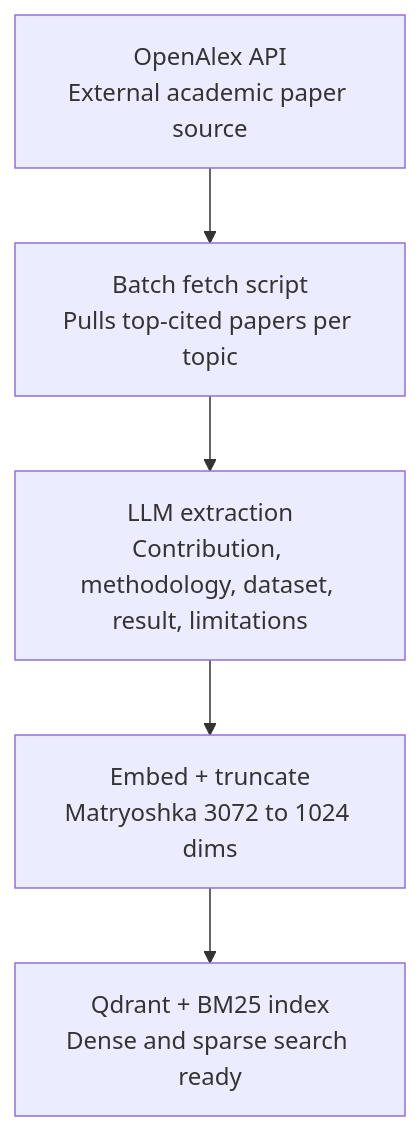
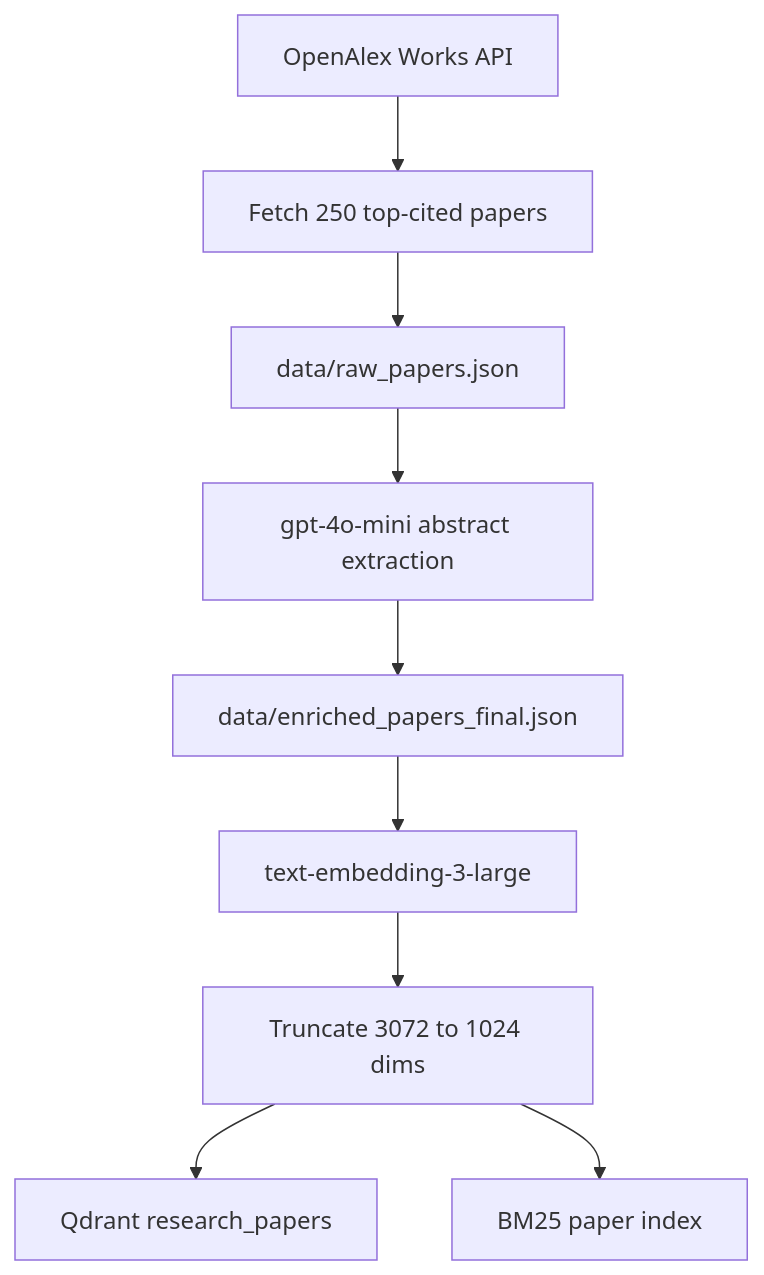
The first of 3 diagrams in docs/research-synthesis-engine-build-plan.md (rishitha-gogineni/research-synthesis-engine), drawn with Mermaid before and after one commit. The commit also changed other lines of this file, not shown here.

Commit message:
Revise build plan for full-text retrieval

````diff
--- a/docs/research-synthesis-engine-build-plan.md
+++ b/docs/research-synthesis-engine-build-plan.md
@@ -48,7 +63,11 @@
 ```mermaid
 flowchart TD
-    A[OpenAlex API<br/>External academic paper source] --> B[Batch fetch script<br/>Pulls top-cited papers per topic]
-    B --> C[LLM extraction<br/>Contribution, methodology, dataset, result, limitations]
-    C --> D[Embed + truncate<br/>Matryoshka 3072 to 1024 dims]
-    D --> E[Qdrant + BM25 index<br/>Dense and sparse search ready]
+    A[OpenAlex Works API] --> B[Fetch 250 top-cited papers]
+    B --> C[data/raw_papers.json]
+    C --> D[gpt-4o-mini abstract extraction]
+    D --> E[data/enriched_papers_final.json]
+    E --> F[text-embedding-3-large]
+    F --> G[Truncate 3072 to 1024 dims]
+    G --> H[Qdrant research_papers]
+    G --> I[BM25 paper index]
 ```
````
